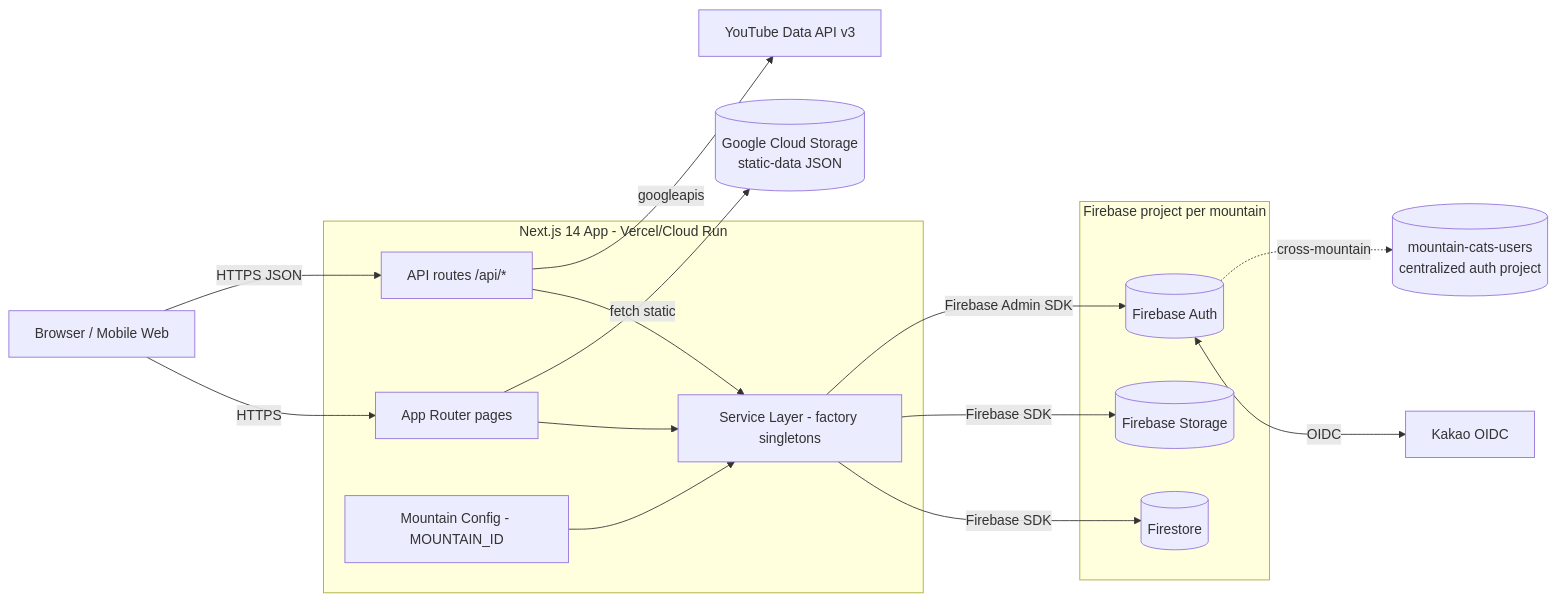
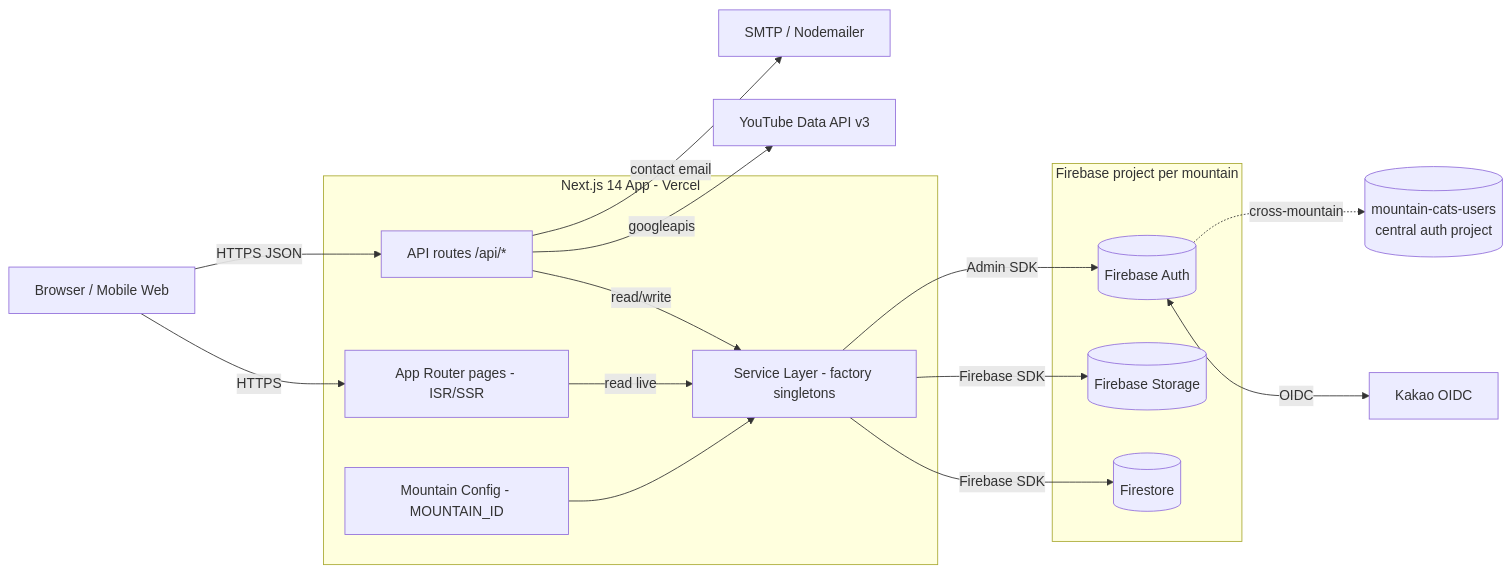
Before and after one commit to wwolfyy/mohocat: the diagram in docs/codebase/CODEBASE_OVERVIEW.md, drawn with Mermaid. The commit also changed other lines of this file and 12 other files, not shown here.

````diff
--- a/docs/codebase/CODEBASE_OVERVIEW.md
+++ b/docs/codebase/CODEBASE_OVERVIEW.md
@@ -136,35 +148,35 @@
 ```mermaid
 graph LR
     Browser[Browser / Mobile Web]
 
-    subgraph NextApp[Next.js 14 App - Vercel/Cloud Run]
-        Pages[App Router pages]
+    subgraph NextApp[Next.js 14 App - Vercel]
+        Pages[App Router pages - ISR/SSR]
         Api[API routes /api/*]
         Services[Service Layer - factory singletons]
         Config[Mountain Config - MOUNTAIN_ID]
     end
 
     subgraph Firebase[Firebase project per mountain]
         Auth[(Firebase Auth)]
         Firestore[(Firestore)]
         FbStorage[(Firebase Storage)]
     end
 
-    GCS[(Google Cloud Storage<br/>static-data JSON)]
     Kakao[Kakao OIDC]
     YouTube[YouTube Data API v3]
-    CentralUsers[(mountain-cats-users<br/>centralized auth project)]
+    SMTP[SMTP / Nodemailer]
+    CentralUsers[(mountain-cats-users<br/>central auth project)]
 
     Browser -->|HTTPS| Pages
     Browser -->|HTTPS JSON| Api
-    Pages --> Services
-    Api --> Services
+    Pages -->|read live| Services
+    Api -->|read/write| Services
     Services -->|Firebase SDK| Firestore
     Services -->|Firebase SDK| FbStorage
-    Services -->|Firebase Admin SDK| Auth
-    Pages -->|fetch static| GCS
+    Services -->|Admin SDK| Auth
     Auth <-->|OIDC| Kakao
     Api -->|googleapis| YouTube
+    Api -->|contact email| SMTP
     Auth -.->|cross-mountain| CentralUsers
     Config --> Services
 ```
````
